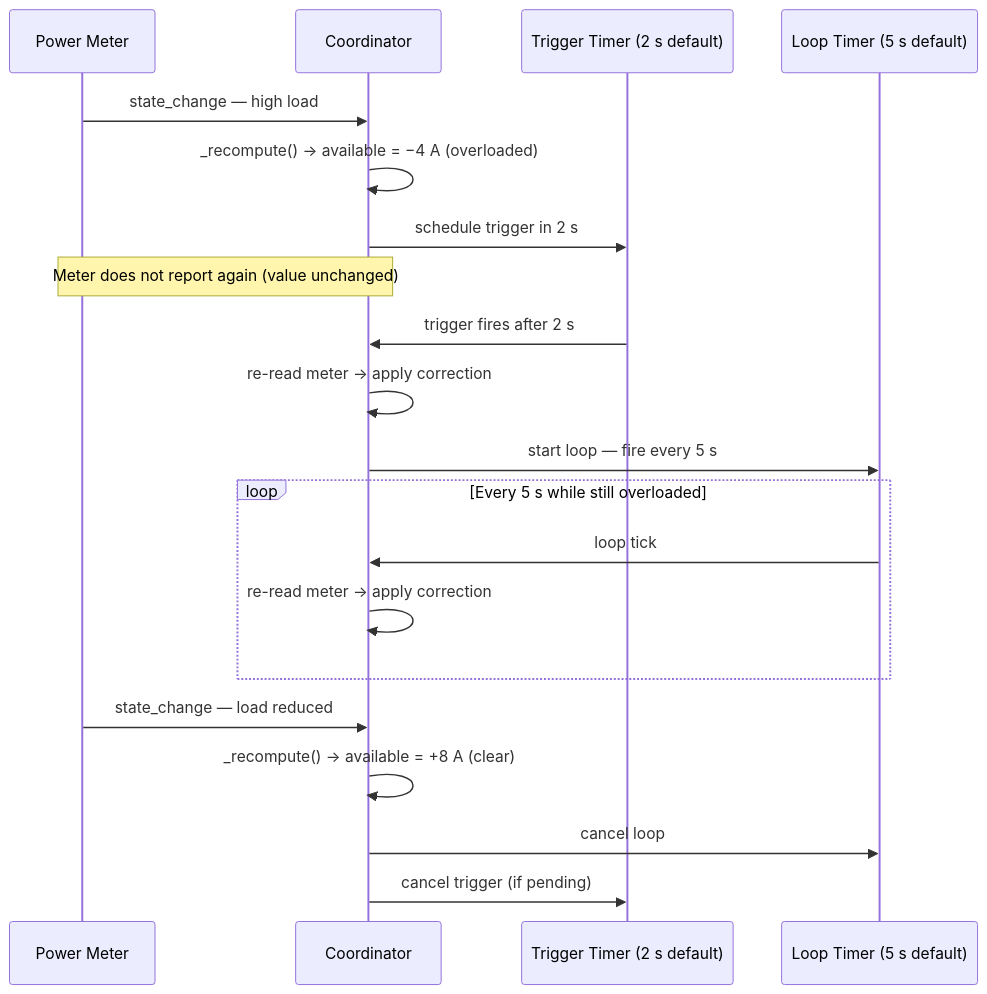
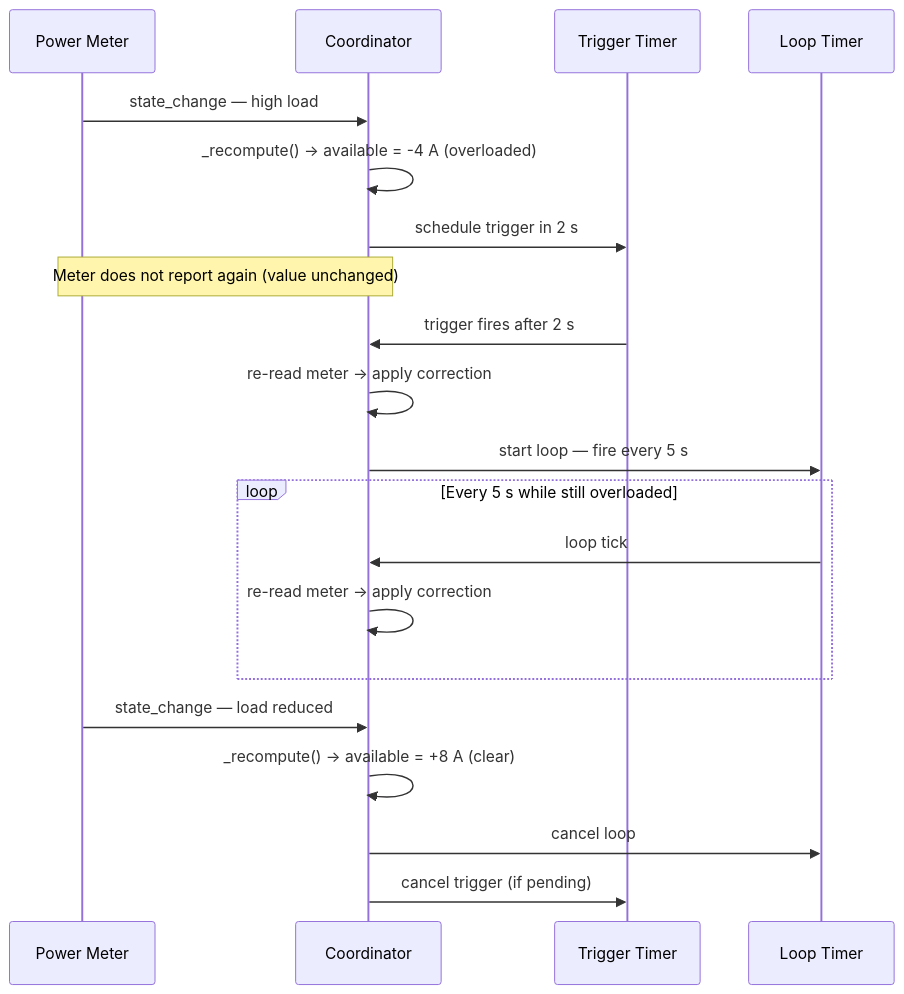
Before and after one commit to alexisml/ev-charger-load-balancing: the second of 7 diagrams in docs/documentation/how-it-works.md, drawn with Mermaid. The commit also changed other lines of this file, not shown here.

Commit message:
Fix broken and fragile Mermaid diagrams in how-it-works.md (#108)

````diff
--- a/docs/documentation/how-it-works.md
+++ b/docs/documentation/how-it-works.md
@@ -329,27 +333,27 @@
 ```mermaid
 sequenceDiagram
     participant Meter as Power Meter
     participant C as Coordinator
-    participant T as Trigger Timer (2 s default)
-    participant L as Loop Timer (5 s default)
+    participant T as Trigger Timer
+    participant L as Loop Timer
 
     Meter->>C: state_change — high load
-    C->>C: _recompute() → available = −4 A (overloaded)
+    C->>C: _recompute() → available = -4 A (overloaded)
     C->>T: schedule trigger in 2 s
 
     Note over Meter,C: Meter does not report again (value unchanged)
 
     T->>C: trigger fires after 2 s
     C->>C: re-read meter → apply correction
     C->>L: start loop — fire every 5 s
 
     loop Every 5 s while still overloaded
         L->>C: loop tick
         C->>C: re-read meter → apply correction
     end
 
     Meter->>C: state_change — load reduced
     C->>C: _recompute() → available = +8 A (clear)
     C->>L: cancel loop
     C->>T: cancel trigger (if pending)
 ```
````
